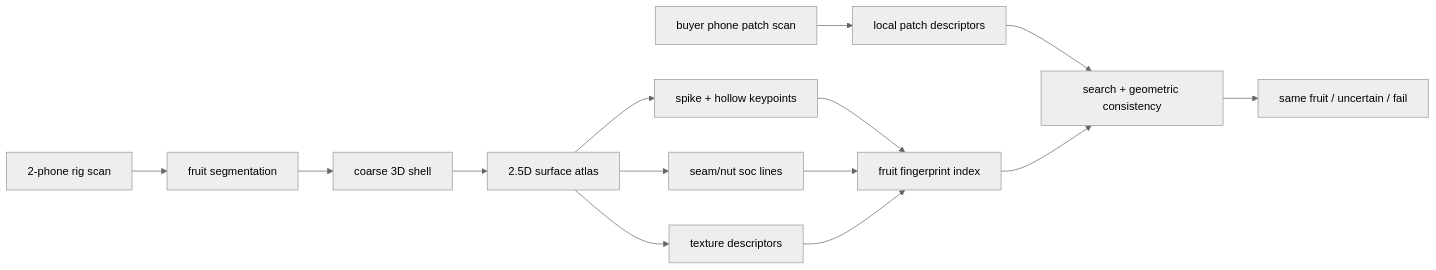
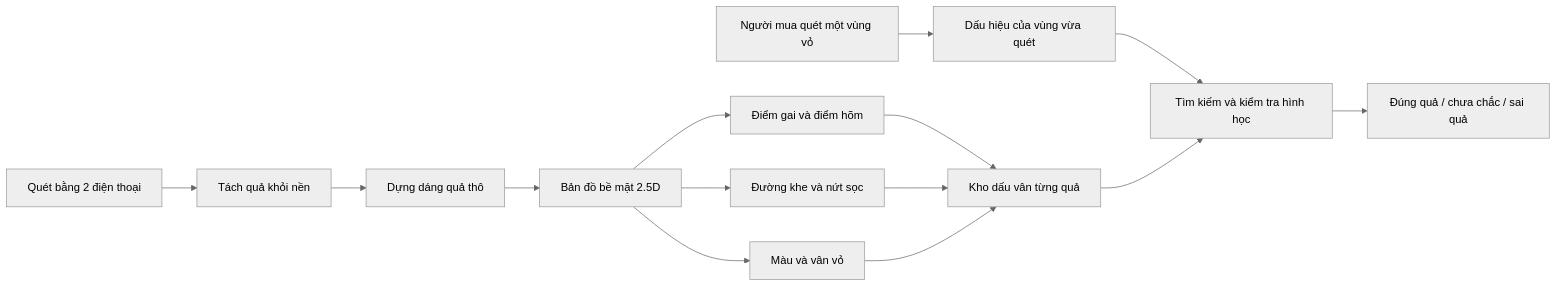
The first of 2 diagrams in docs/durian-mvp-blueprint.md (Tan-Long/durian-fingerprint-lab), drawn with Mermaid (neutral theme) before and after one commit. The commit also changed other lines of this file and 4 other files, not shown here.

````diff
--- a/docs/durian-mvp-blueprint.md
+++ b/docs/durian-mvp-blueprint.md
@@ -230,16 +293,16 @@
 ```mermaid
 flowchart LR
-  A[2-phone rig scan] --> B[fruit segmentation]
-  B --> C[coarse 3D shell]
-  C --> D[2.5D surface atlas]
-  D --> E[spike + hollow keypoints]
-  D --> F[seam/nut soc lines]
-  D --> G[texture descriptors]
-  E --> H[fruit fingerprint index]
+  A[Quét bằng 2 điện thoại] --> B[Tách quả khỏi nền]
+  B --> C[Dựng dáng quả thô]
+  C --> D[Bản đồ bề mặt 2.5D]
+  D --> E[Điểm gai và điểm hõm]
+  D --> F[Đường khe và nứt sọc]
+  D --> G[Màu và vân vỏ]
+  E --> H[Kho dấu vân từng quả]
   F --> H
   G --> H
-  I[buyer phone patch scan] --> J[local patch descriptors]
-  J --> K[search + geometric consistency]
+  I[Người mua quét một vùng vỏ] --> J[Dấu hiệu của vùng vừa quét]
+  J --> K[Tìm kiếm và kiểm tra hình học]
   H --> K
-  K --> L[same fruit / uncertain / fail]
+  K --> L[Đúng quả / chưa chắc / sai quả]
 ```
````
